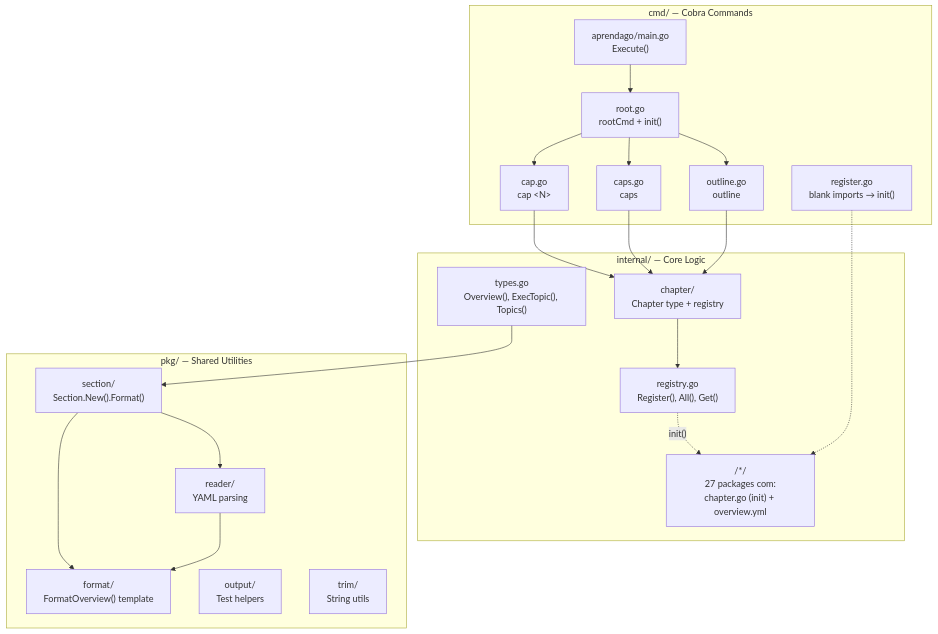
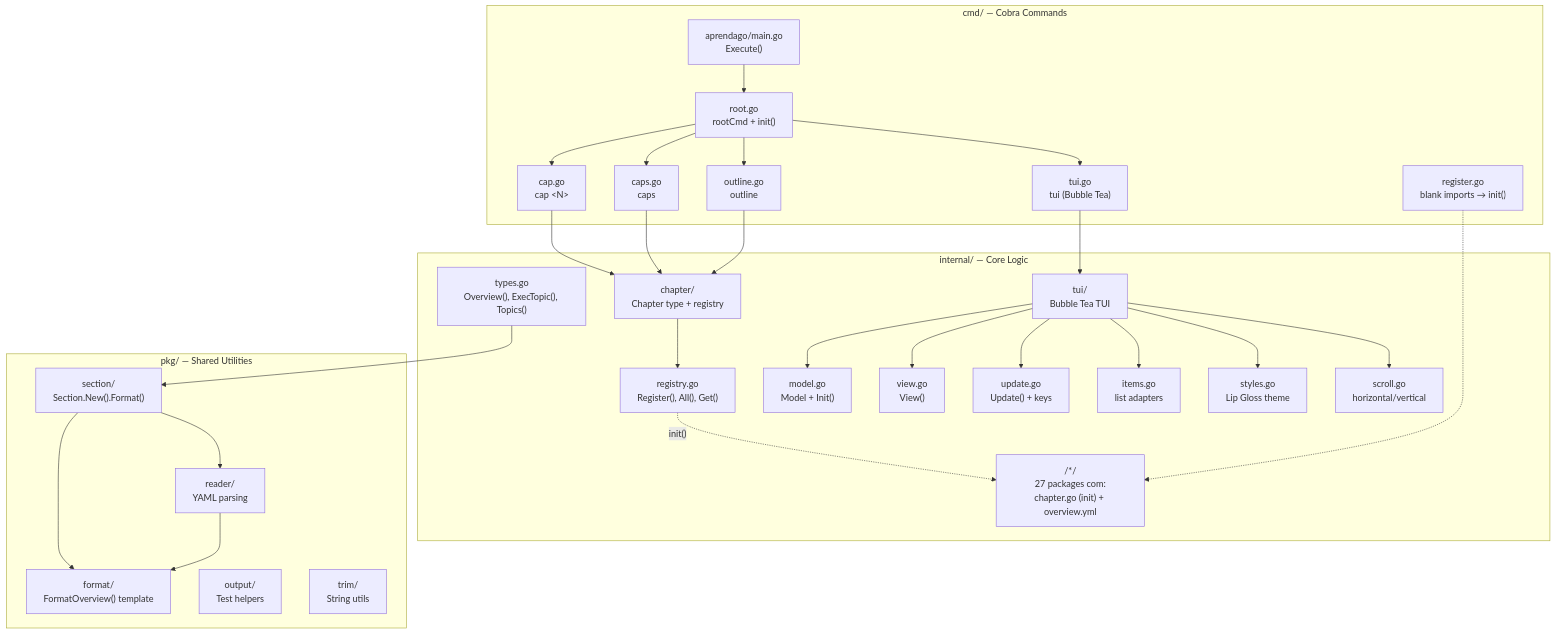
Before and after one commit to fabianoflorentino/aprendago: the second of 2 diagrams in README.md, drawn with Mermaid. The commit also changed other lines of this file and 1 other file, not shown here.

First line of the commit message:
docs: update README and Makefile with TUI command and architecture

````diff
--- a/README.md
+++ b/README.md
@@ -167,44 +196,61 @@
 ```mermaid
 flowchart TD
     subgraph cmd["cmd/ — Cobra Commands"]
         Main["aprendago/main.go<br/>Execute()"]
         Root["root.go<br/>rootCmd + init()"]
         Cap["cap.go<br/>cap &lt;N&gt;"]
         Caps["caps.go<br/>caps"]
         Outline["outline.go<br/>outline"]
+        TUI["tui.go<br/>tui (Bubble Tea)"]
         Register["register.go<br/>blank imports → init()"]
     end
 
     subgraph internal["internal/ — Core Logic"]
         Chapter["chapter/<br/>Chapter type + registry"]
         ChapterTypes["types.go<br/>Overview(), ExecTopic(), Topics()"]
         Registry["registry.go<br/>Register(), All(), Get()"]
         ChapterPkgs["<capítulo>/*/<br/>27 packages com:<br/>chapter.go (init) + overview.yml"]
+        TUIInternal["tui/<br/>Bubble Tea TUI"]
+        TUIModel["model.go<br/>Model + Init()"]
+        TUIView["view.go<br/>View()"]
+        TUIUpdate["update.go<br/>Update() + keys"]
+        TUIItems["items.go<br/>list adapters"]
+        TUIStyles["styles.go<br/>Lip Gloss theme"]
+        TUIScroll["scroll.go<br/>horizontal/vertical"]
     end
 
     subgraph pkg["pkg/ — Shared Utilities"]
         Section["section/<br/>Section.New().Format()"]
         Reader["reader/<br/>YAML parsing"]
         Format["format/<br/>FormatOverview() template"]
         Output["output/<br/>Test helpers"]
         Trim["trim/<br/>String utils"]
     end
 
     Main --> Root
     Root --> Cap
     Root --> Caps
     Root --> Outline
+    Root --> TUI
 
     Cap --> Chapter
     Caps --> Chapter
     Outline --> Chapter
 
     ChapterTypes --> Section
     Chapter --> Registry
     Registry -.->|"init()"| ChapterPkgs
     Register -.-> ChapterPkgs
 
+    TUI --> TUIInternal
+    TUIInternal --> TUIModel
+    TUIInternal --> TUIView
+    TUIInternal --> TUIUpdate
+    TUIInternal --> TUIItems
+    TUIInternal --> TUIStyles
+    TUIInternal --> TUIScroll
+
     Section --> Reader
     Section --> Format
     Reader --> Format
 ```
````
